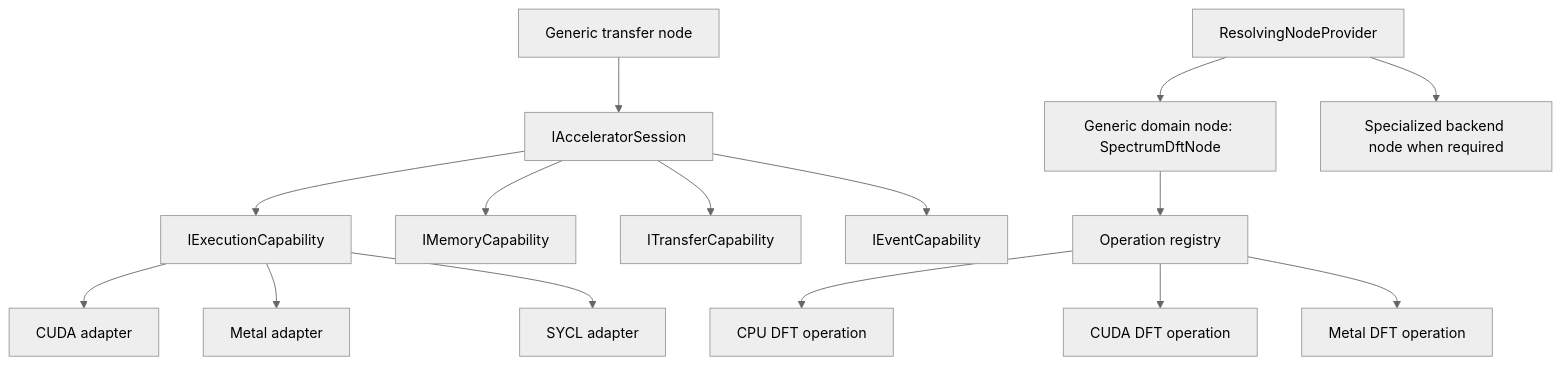
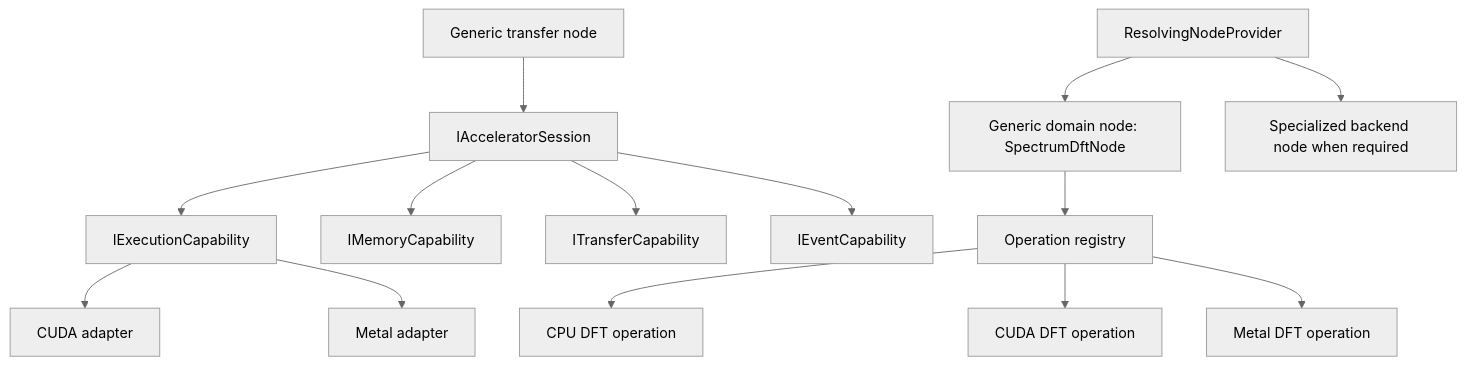
The second of 2 diagrams in gpu_architecture.md (rklinkhammer/GraphX), drawn with Mermaid (neutral theme) before and after one commit. The commit also changed other lines of this file and 72 other files, not shown here.

````diff
--- a/gpu_architecture.md
+++ b/gpu_architecture.md
@@ -331,20 +331,19 @@
 ```mermaid
 flowchart TB
     GN["Generic domain node: SpectrumDftNode"] --> OR["Operation registry"]
     OR --> CPU["CPU DFT operation"]
     OR --> CUDA["CUDA DFT operation"]
     OR --> METAL["Metal DFT operation"]
 
     TN["Generic transfer node"] --> S["IAcceleratorSession"]
     S --> M["IMemoryCapability"]
     S --> T["ITransferCapability"]
     S --> E["IEventCapability"]
     S --> X["IExecutionCapability"]
 
     X --> CA["CUDA adapter"]
     X --> MA["Metal adapter"]
-    X --> SA["SYCL adapter"]
 
     R["ResolvingNodeProvider"] --> GN
     R --> SN["Specialized backend node when required"]
 ```
````
